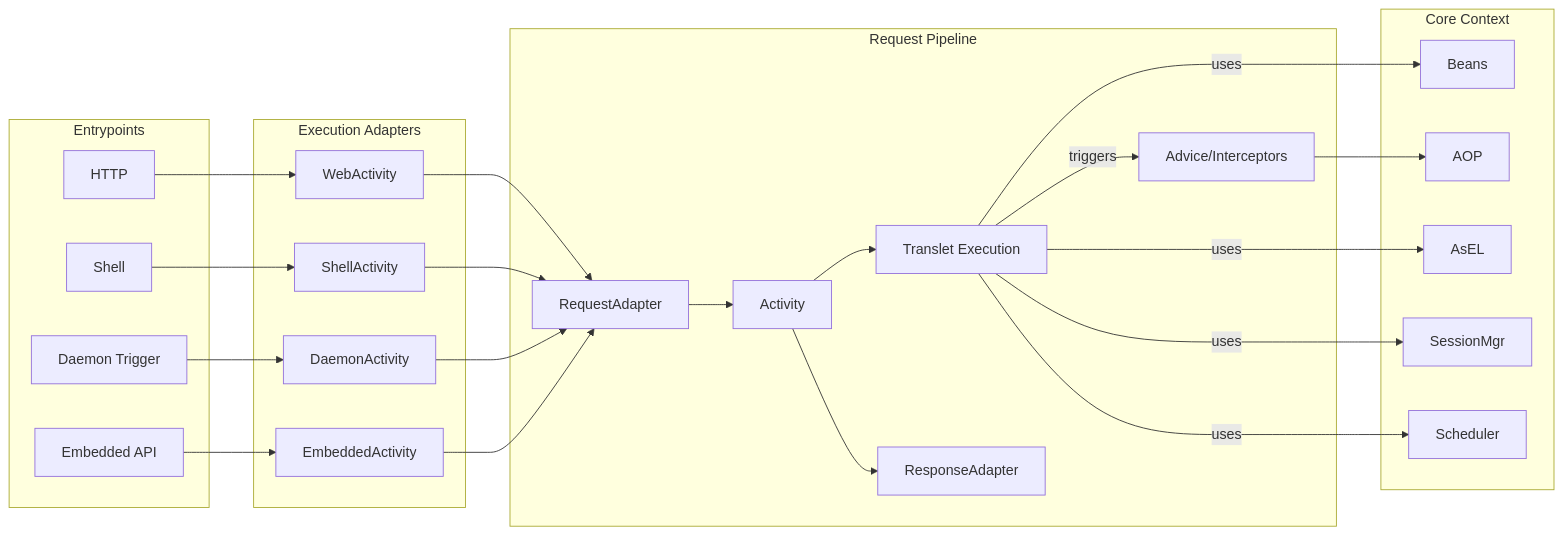
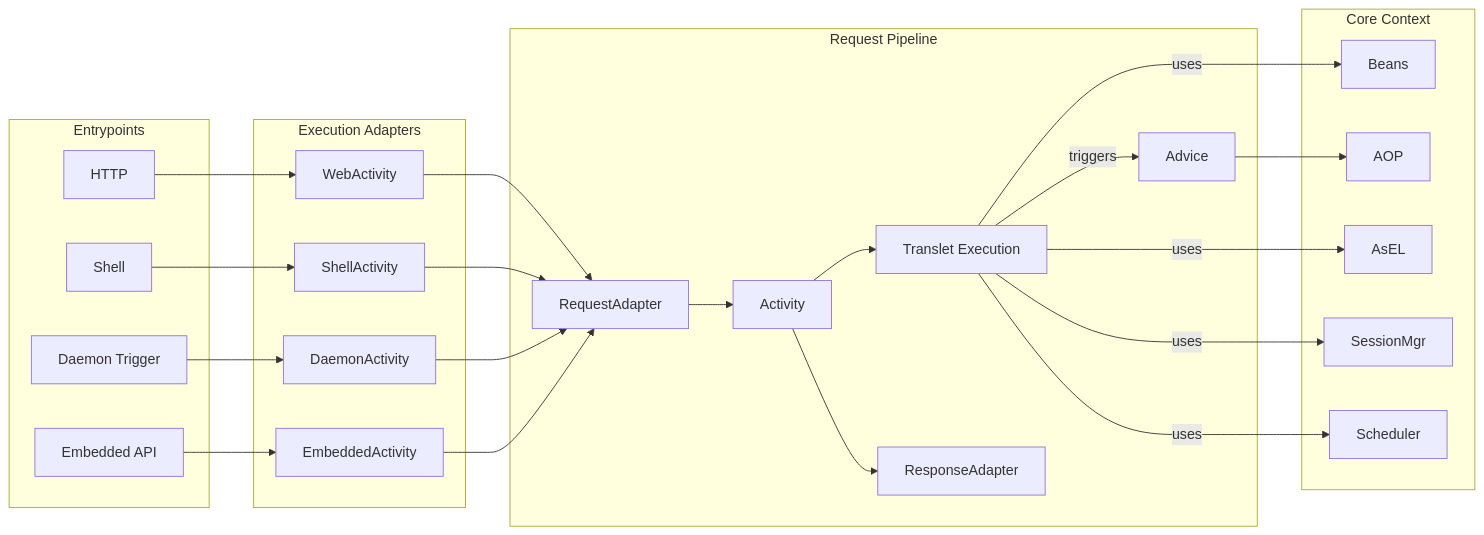
The fourth of 9 diagrams in _pages/en/docs/architecture/aspectran-architecture-diagrams.md (aspectran/aspectran.github.io), drawn with Mermaid before and after one commit. The commit also changed other lines of this file and 1 other file, not shown here.

````diff
--- a/_pages/en/docs/architecture/aspectran-architecture-diagrams.md
+++ b/_pages/en/docs/architecture/aspectran-architecture-diagrams.md
@@ -277,46 +277,46 @@
 ```mermaid
 flowchart LR
   subgraph Entrypoints[Entrypoints]
     HTTP[HTTP]
     CLI[Shell]
     DTRIG[Daemon Trigger]
     EMB[Embedded API]
   end
 
   subgraph Adpt[Execution Adapters]
     WA[WebActivity]
     DA[DaemonActivity]
     SA[ShellActivity]
     EA[EmbeddedActivity]
   end
 
   subgraph Pipe[Request Pipeline]
     Req[RequestAdapter]
     Act[Activity]
     TL[Translet Execution]
-    Adv[Advice/Interceptors]
+    Adv[Advice]
     Res[ResponseAdapter]
   end
 
   subgraph Ctx[Core Context]
     Beans[Beans]
     AOP[AOP]
     EL[AsEL]
     Sess[SessionMgr]
     Sch[Scheduler]
   end
 
   HTTP --> WA
   CLI --> SA
   DTRIG --> DA
   EMB --> EA
 
   WA & SA & DA & EA --> Req
 
   Req --> Act --> TL
 
   TL -- uses --> Beans & EL & Sess & Sch
   TL -- triggers --> Adv
   Adv --> AOP
   Act --> Res
 ```
````
